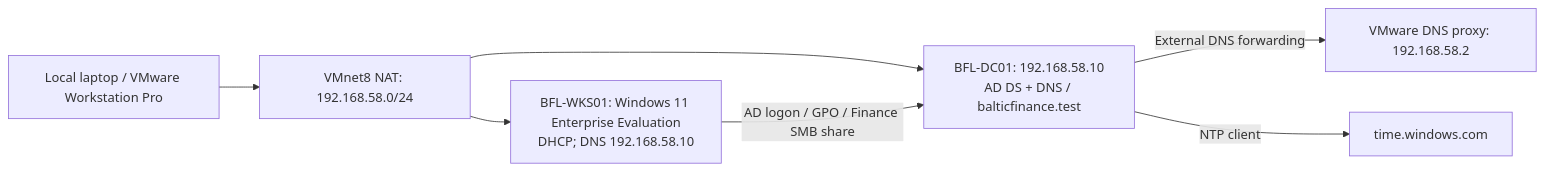
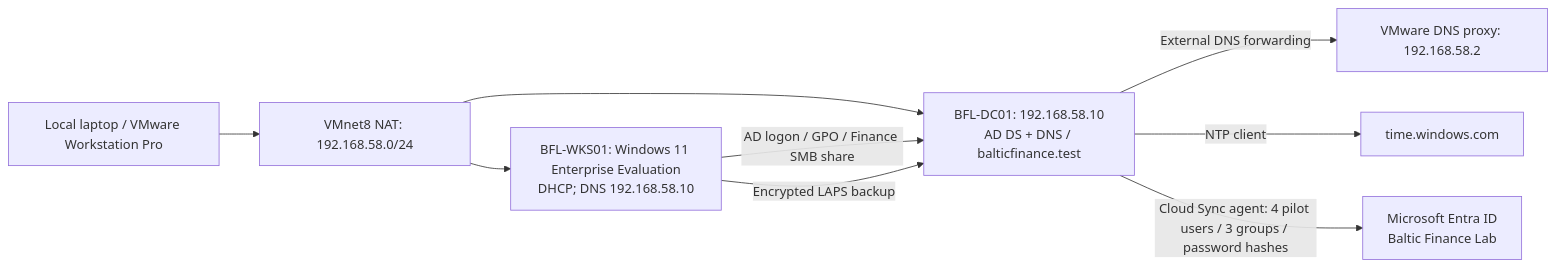
Before and after one commit to krzysztof-szot/hybrid-enterprise-security-project: the diagram in README.md, drawn with Mermaid. The commit also changed other lines of this file and 10 other files, not shown here.

Commit message:
Document Day 03 LAPS and gMSA tests and Day 04 Cloud Sync pilot

````diff
--- a/README.md
+++ b/README.md
@@ -23,9 +25,11 @@
 ```mermaid
 flowchart LR
     Host["Local laptop / VMware Workstation Pro"] --> NAT["VMnet8 NAT: 192.168.58.0/24"]
     NAT --> DC["BFL-DC01: 192.168.58.10\nAD DS + DNS / balticfinance.test"]
     NAT --> WKS["BFL-WKS01: Windows 11 Enterprise Evaluation\nDHCP; DNS 192.168.58.10"]
     WKS -->|"AD logon / GPO / Finance SMB share"| DC
     DC -->|"External DNS forwarding"| DNS["VMware DNS proxy: 192.168.58.2"]
     DC -->|"NTP client"| NTP["time.windows.com"]
+    WKS -->|"Encrypted LAPS backup"| DC
+    DC -->|"Cloud Sync agent: 4 pilot users / 3 groups / password hashes"| Entra["Microsoft Entra ID\nBaltic Finance Lab"]
 ```
````
